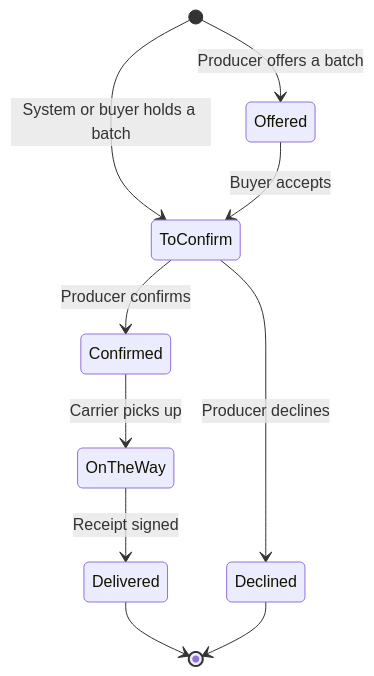
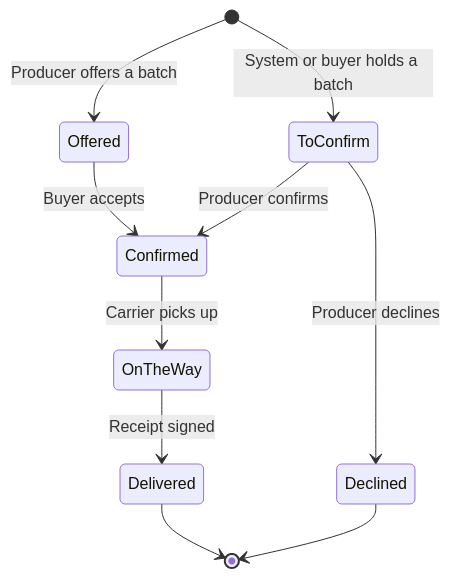
One commit to DACN-Manifest-NongNh-p/agri-supply-demand-platform changed the fifth of 6 diagrams in docs/producer/README.md. Above: the diagram before and after it, drawn with Mermaid. The commit also changed other lines of this file and 78 other files, not shown here.

````diff
--- a/docs/producer/README.md
+++ b/docs/producer/README.md
@@ -161,12 +171,12 @@
 ```mermaid
 stateDiagram-v2
     [*] --> Offered: Producer offers a batch
     [*] --> ToConfirm: System or buyer holds a batch
-    Offered --> ToConfirm: Buyer accepts
+    Offered --> Confirmed: Buyer accepts
     ToConfirm --> Confirmed: Producer confirms
     ToConfirm --> Declined: Producer declines
     Confirmed --> OnTheWay: Carrier picks up
     OnTheWay --> Delivered: Receipt signed
     Delivered --> [*]
     Declined --> [*]
 ```
````
